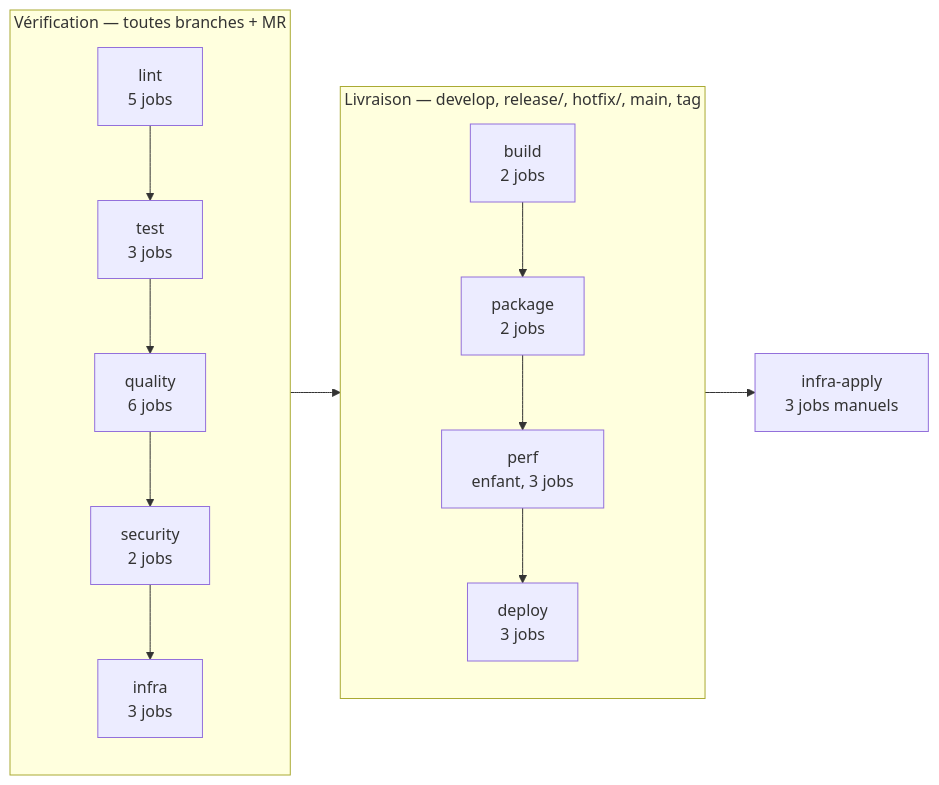
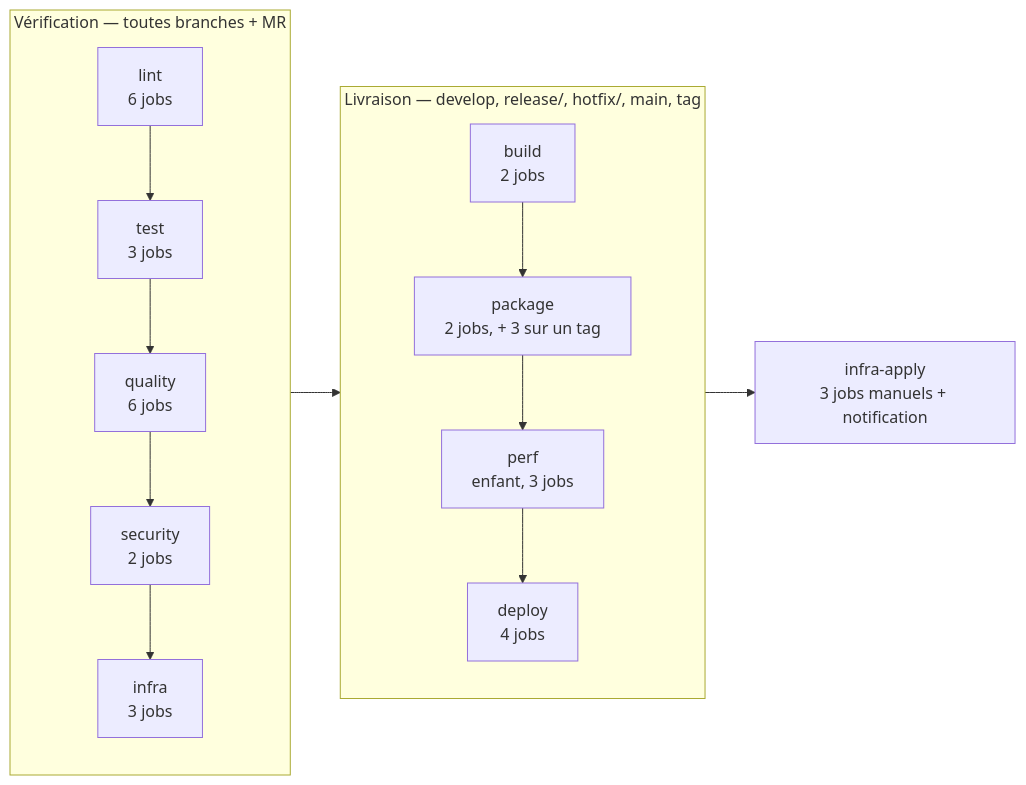
One commit to TedPasquiet/G-rez-le-cycle-de-vie-de-d-veloppement-logiciel changed the first of 3 diagrams in docs/pipeline-ci.md. Above: the diagram before and after it, drawn with Mermaid. The commit also changed other lines of this file and 33 other files, not shown here.

````diff
--- a/docs/pipeline-ci.md
+++ b/docs/pipeline-ci.md
@@ -49,11 +58,11 @@
 ```mermaid
 flowchart LR
     subgraph V["Vérification — toutes branches + MR"]
-        l["lint<br/>5 jobs"] --> t["test<br/>3 jobs"] --> q["quality<br/>6 jobs"] --> s["security<br/>2 jobs"] --> i["infra<br/>3 jobs"]
+        l["lint<br/>6 jobs"] --> t["test<br/>3 jobs"] --> q["quality<br/>6 jobs"] --> s["security<br/>2 jobs"] --> i["infra<br/>3 jobs"]
     end
     subgraph C["Livraison — develop, release/, hotfix/, main, tag"]
-        b["build<br/>2 jobs"] --> p["package<br/>2 jobs"] --> f["perf<br/>enfant, 3 jobs"] --> d["deploy<br/>3 jobs"]
+        b["build<br/>2 jobs"] --> p["package<br/>2 jobs, + 3 sur un tag"] --> f["perf<br/>enfant, 3 jobs"] --> d["deploy<br/>4 jobs"]
     end
     V --> C
-    C --> a["infra-apply<br/>3 jobs manuels"]
+    C --> a["infra-apply<br/>3 jobs manuels + notification"]
 ```
````
